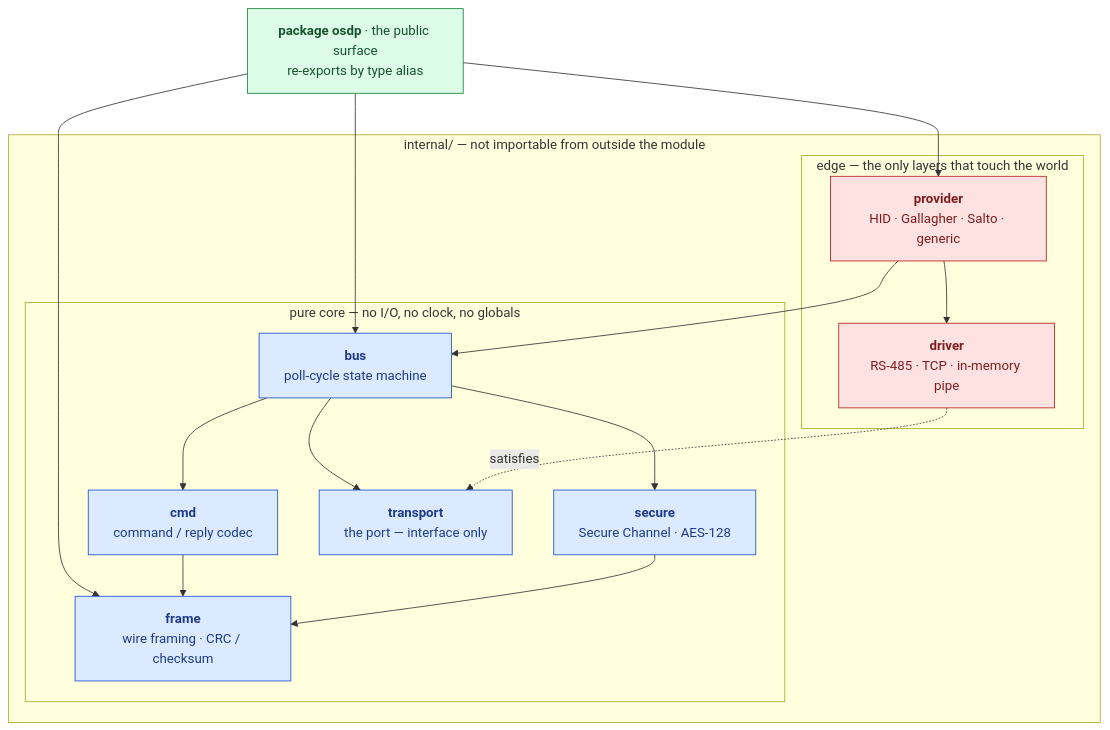
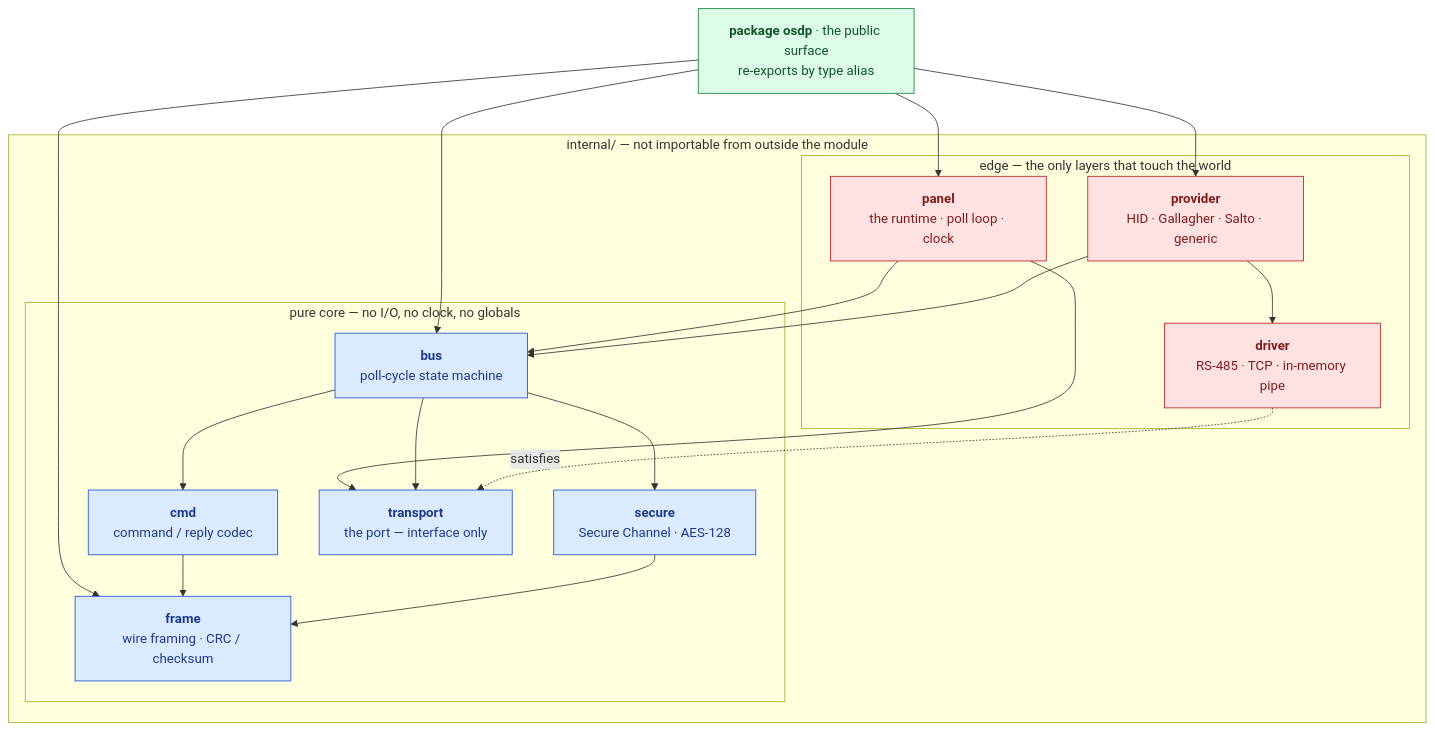
One commit to regalium-os/osdp-go changed the first of 4 diagrams in README.md. Above: the diagram before and after it, drawn with Mermaid. The commit also changed other lines of this file and 18 other files, not shown here.

First line of the commit message:
Implement panel functionality with event buffering and customizable clock

````diff
--- a/README.md
+++ b/README.md
@@ -12,38 +12,42 @@
 ```mermaid
 flowchart TB
     api["<b>package osdp</b> · the public surface<br/>re-exports by type alias"]
 
     subgraph internal["internal/ — not importable from outside the module"]
         subgraph edge["edge — the only layers that touch the world"]
+            panel["<b>panel</b><br/>the runtime · poll loop · clock"]
             provider["<b>provider</b><br/>HID · Gallagher · Salto · generic"]
             driver["<b>driver</b><br/>RS-485 · TCP · in-memory pipe"]
         end
 
         subgraph core["pure core — no I/O, no clock, no globals"]
             bus["<b>bus</b><br/>poll-cycle state machine"]
             cmd["<b>cmd</b><br/>command / reply codec"]
             secure["<b>secure</b><br/>Secure Channel · AES-128"]
             frame["<b>frame</b><br/>wire framing · CRC / checksum"]
             transport["<b>transport</b><br/>the port — interface only"]
         end
     end
 
+    api --> panel
     api --> provider
     api --> bus
     api --> frame
+    panel --> bus
+    panel --> transport
     provider --> bus
     provider --> driver
     bus --> cmd
     bus --> secure
     bus --> transport
     cmd --> frame
     secure --> frame
     driver -. satisfies .-> transport
 
     classDef pure fill:#dbeafe,stroke:#1d4ed8,color:#1e3a8a
     classDef io fill:#fee2e2,stroke:#b91c1c,color:#7f1d1d
     classDef pub fill:#dcfce7,stroke:#15803d,color:#14532d
     class bus,cmd,secure,frame,transport pure
-    class provider,driver io
+    class panel,provider,driver io
     class api pub
 ```
````
